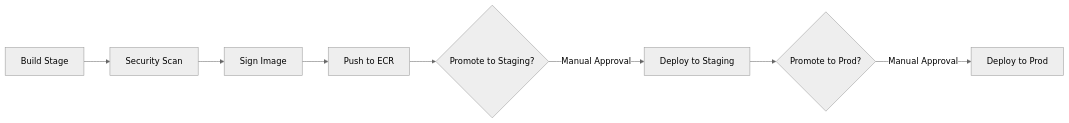
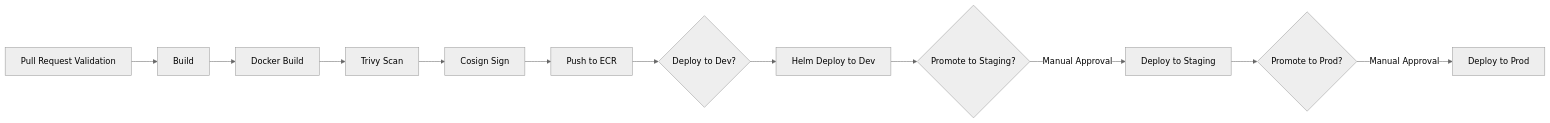
Before and after one commit to sofiafernandezmoreno/devops-workflow: the second of 2 diagrams in README.md, drawn with Mermaid (neutral theme). The commit also changed other lines of this file, not shown here.

````diff
--- a/README.md
+++ b/README.md
@@ -123,10 +139,19 @@
 ```mermaid
 flowchart LR
-    A[Build Stage] --> B[Security Scan]
-    B --> C[Sign Image]
-    C --> D[Push to ECR]
-    D --> E{Promote to Staging?}
-    E -->|Manual Approval| F[Deploy to Staging]
-    F --> G{Promote to Prod?}
-    G -->|Manual Approval| H[Deploy to Prod]
+
+A[Pull Request Validation] --> B[Build]
+B --> C[Docker Build]
+C --> D[Trivy Scan]
+D --> E[Cosign Sign]
+E --> F[Push to ECR]
+
+F --> G{Deploy to Dev?}
+G --> H[Helm Deploy to Dev]
+
+H --> I{Promote to Staging?}
+I -->|Manual Approval| J[Deploy to Staging]
+
+J --> K{Promote to Prod?}
+K -->|Manual Approval| L[Deploy to Prod]
+
 ```
````
